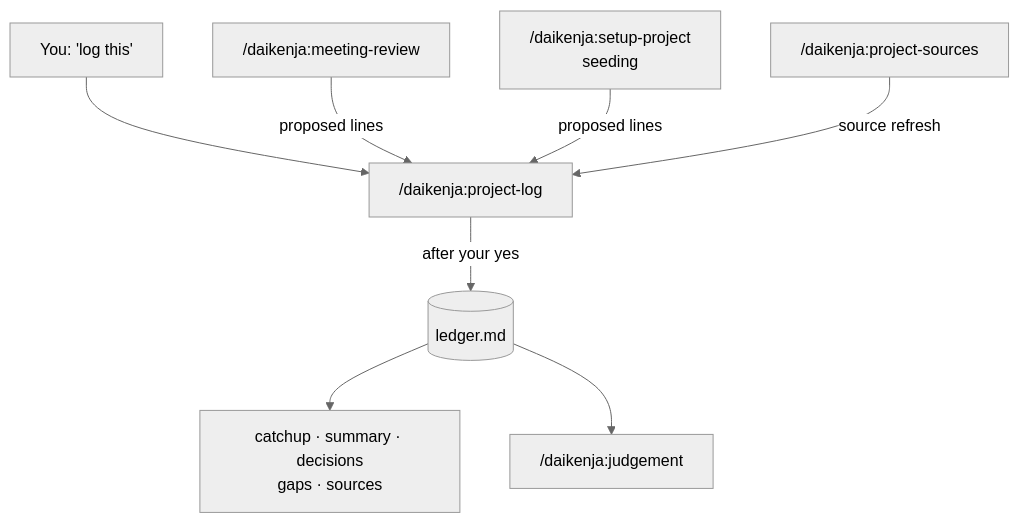
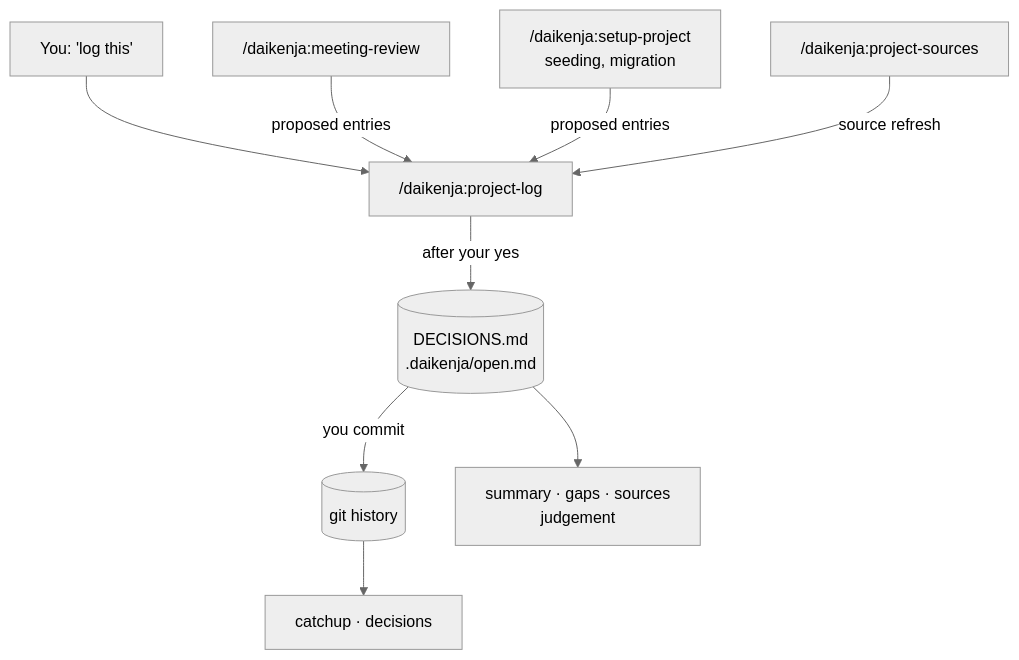
Before and after one commit to by-carlos/daikenja: the diagram in docs/guide/ledger.md, drawn with Mermaid (neutral theme). The commit also changed other lines of this file and 27 other files, not shown here.

````diff
--- a/docs/guide/ledger.md
+++ b/docs/guide/ledger.md
@@ -11,10 +13,11 @@
 ```mermaid
 flowchart TB
     Y["You: 'log this'"] --> L
-    M["/daikenja:meeting-review"] -->|proposed lines| L
-    S["/daikenja:setup-project<br/>seeding"] -->|proposed lines| L
+    M["/daikenja:meeting-review"] -->|proposed entries| L
+    S["/daikenja:setup-project<br/>seeding, migration"] -->|proposed entries| L
     P["/daikenja:project-sources"] -->|source refresh| L
-    L["/daikenja:project-log"] -->|after your yes| F[(ledger.md)]
-    F --> R["catchup · summary · decisions<br/>gaps · sources"]
-    F --> J["/daikenja:judgement"]
+    L["/daikenja:project-log"] -->|after your yes| F[("DECISIONS.md<br/>.daikenja/open.md")]
+    F -->|you commit| G[(git history)]
+    F --> R["summary · gaps · sources<br/>judgement"]
+    G --> C["catchup · decisions"]
 ```
````
